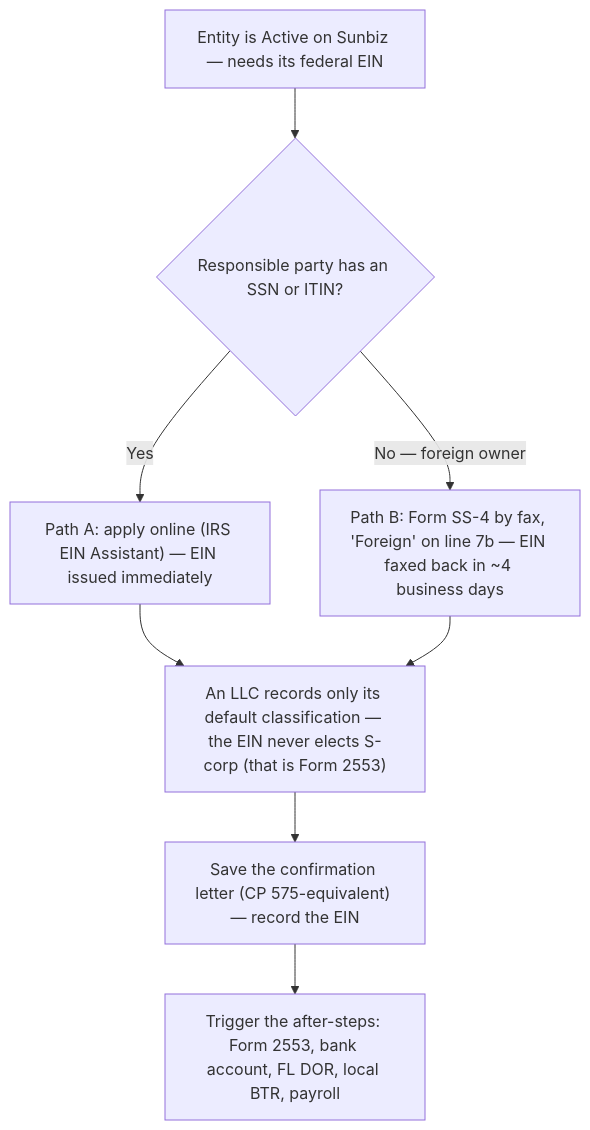
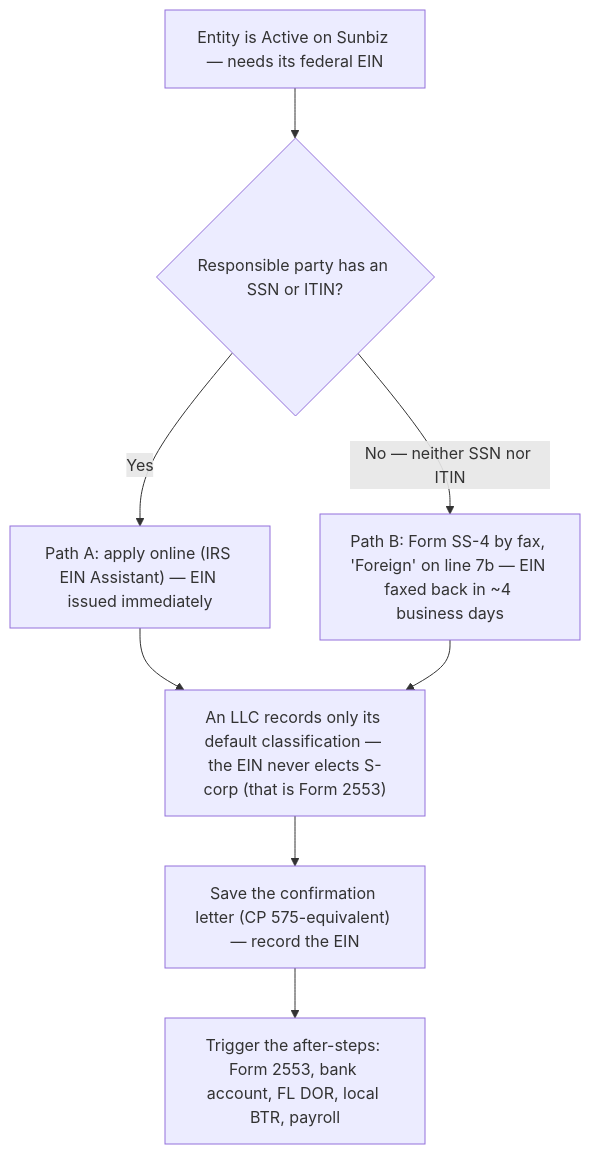
One commit to JuliaJKAcct/JKAccountingGroup changed the diagram in projects/sops/ein-application-irs.md. Above: the diagram before and after it, drawn with Mermaid. The commit also changed 2 other files, not shown here.

Commit message:
Hub: hedge the LLC fees in the Formation diagram + sharpen the EIN Mermaid branch label
Addresses the independent review's non-blocking nits:
- The Formation SOP flags the LLC path's fees as "verify at filing" (the LLC
  path is a screen-unverified stub), so state them with the same caution in the
  at-a-glance: add "(verify at filing)" to the LLC fees in the diagram + the .md
  Mermaid. Corp fees ($70/$150) are fully verified, so they stay as fact.
- EIN .md Mermaid: the "No" branch gate is precisely "neither SSN nor ITIN"
  (not just "foreign owner") — match the build config's wording.

Claude-Session: https://claude.ai/code/session_012vSJUSMmbjTUG2whXeodk4

````diff
--- a/projects/sops/ein-application-irs.md
+++ b/projects/sops/ein-application-irs.md
@@ -40,10 +40,10 @@
 ```mermaid
 flowchart TD
   A["Entity is Active on Sunbiz — needs its federal EIN"] --> B{"Responsible party has an SSN or ITIN?"}
   B -- "Yes" --> C["Path A: apply online (IRS EIN Assistant) — EIN issued immediately"]
-  B -- "No — foreign owner" --> D["Path B: Form SS-4 by fax, 'Foreign' on line 7b — EIN faxed back in ~4 business days"]
+  B -- "No — neither SSN nor ITIN" --> D["Path B: Form SS-4 by fax, 'Foreign' on line 7b — EIN faxed back in ~4 business days"]
   C --> E["An LLC records only its default classification — the EIN never elects S-corp (that is Form 2553)"]
   D --> E
   E --> F["Save the confirmation letter (CP 575-equivalent) — record the EIN"]
   F --> G["Trigger the after-steps: Form 2553, bank account, FL DOR, local BTR, payroll"]
 ```
````
